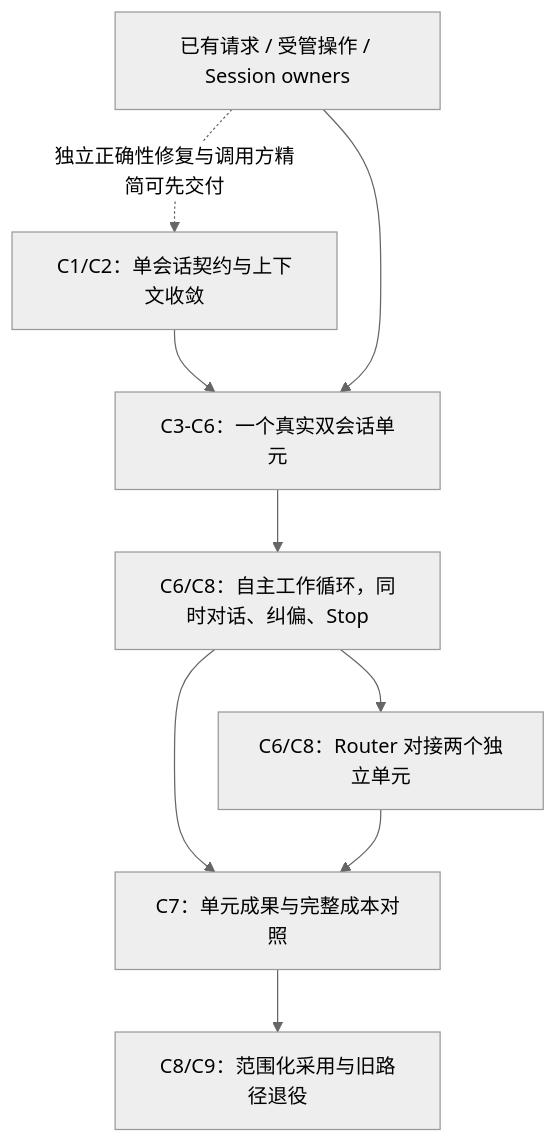
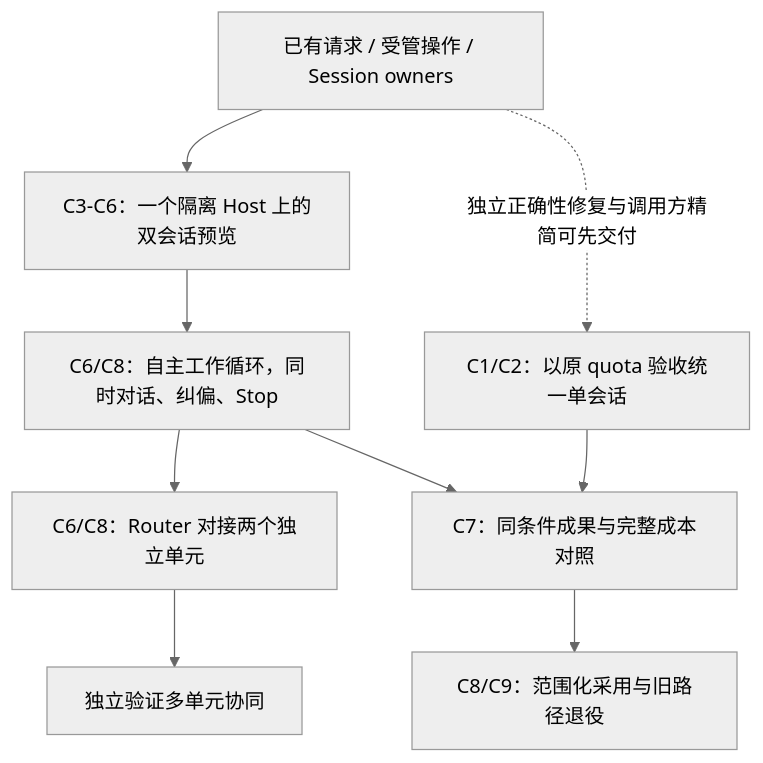
The ninth of 9 diagrams in docs/architecture/rfcs/controller-executor-unified-contract-v0.zh-CN.md (loopx-project/loopx), drawn with Mermaid (neutral theme) before and after one commit. The commit also changed other lines of this file and 1 other file, not shown here.

````diff
--- a/docs/architecture/rfcs/controller-executor-unified-contract-v0.zh-CN.md
+++ b/docs/architecture/rfcs/controller-executor-unified-contract-v0.zh-CN.md
@@ -800,11 +800,11 @@
 ```mermaid
 flowchart TB
-  C1[C1/C2：单会话契约与上下文收敛] --> U[C3-C6：一个真实双会话单元]
-  F[已有请求 / 受管操作 / Session owners] --> U
+  C1[C1/C2：以原 quota 验收统一单会话] --> E[C7：同条件成果与完整成本对照]
+  F[已有请求 / 受管操作 / Session owners] --> U[C3-C6：一个隔离 Host 上的双会话预览]
   U --> I[C6/C8：自主工作循环，同时对话、纠偏、Stop]
   I --> R[C6/C8：Router 对接两个独立单元]
-  I --> E[C7：单元成果与完整成本对照]
-  R --> E
+  I --> E
+  R --> M[独立验证多单元协同]
   E --> Q[C8/C9：范围化采用与旧路径退役]
   F -.独立正确性修复与调用方精简可先交付.-> C1
 ```
````
